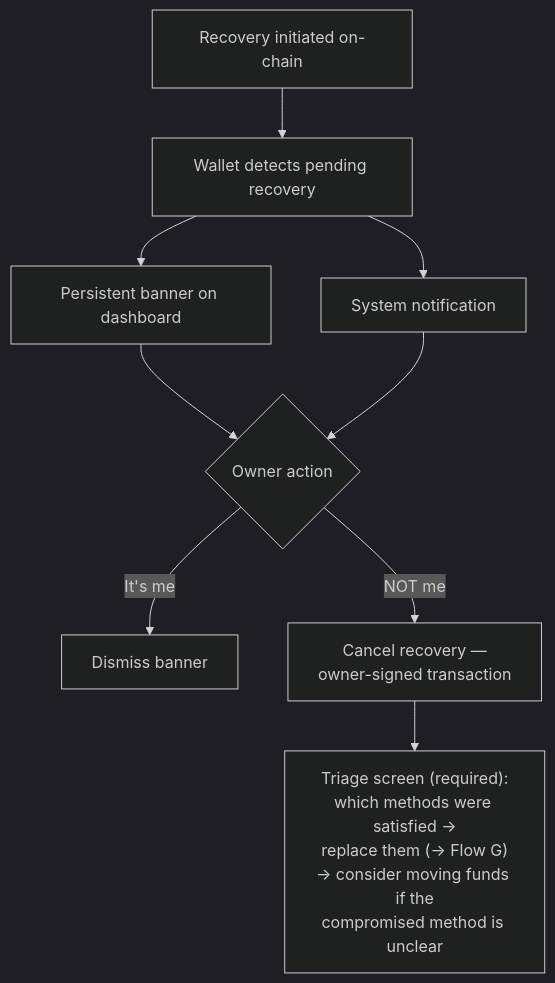
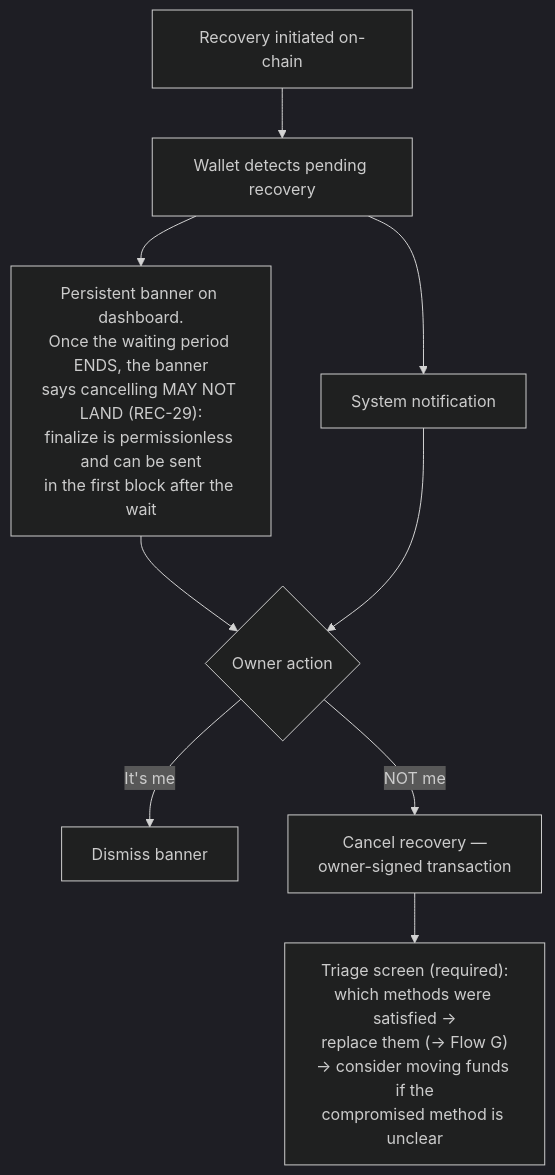
Before and after one commit to FiboAtWonder/kohaku-extension: the tenth of 14 diagrams in social-recovery-ux-flows.md, drawn with Mermaid (dark theme). The commit also changed other lines of this file and 5 other files, not shown here.

````diff
--- a/social-recovery-ux-flows.md
+++ b/social-recovery-ux-flows.md
@@ -291,13 +340,13 @@
 ```mermaid
 flowchart TD
     A[Recovery initiated on-chain] --> B[Wallet detects pending recovery]
-    B --> C[Persistent banner on dashboard]
+    B --> C["Persistent banner on dashboard.<br/>Once the waiting period ENDS, the banner<br/>says cancelling MAY NOT LAND (REC-29):<br/>finalize is permissionless and can be sent<br/>in the first block after the wait"]
     B --> D[System notification]
     C --> E{"Owner action"}
     D --> E
     E -->|It's me| F[Dismiss banner]
     E -->|NOT me| G["Cancel recovery —<br/>owner-signed transaction"]
     G --> T["Triage screen (required):<br/>which methods were satisfied →<br/>replace them (→ Flow G)<br/>→ consider moving funds if the<br/>compromised method is unclear"]
 
     click T href "#flow-g--recovery-path--method-management"
 ```
````
